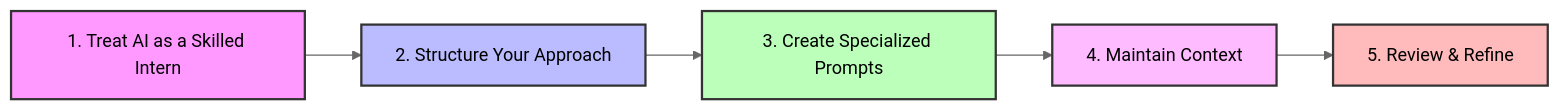
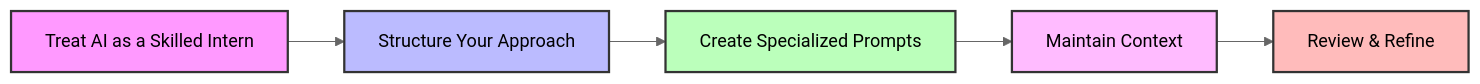
The first of 2 diagrams in README.md (whiteduck-training/copilot-workshop), drawn with Mermaid (neutral theme) before and after one commit. The commit also changed other lines of this file and 3 other files, not shown here.

````diff
--- a/README.md
+++ b/README.md
@@ -5,13 +5,13 @@
 ```mermaid
 graph LR
-    A[1. Treat AI as a Skilled Intern] --> B[2. Structure Your Approach]
-    B --> C[3. Create Specialized Prompts]
-    C --> D[4. Maintain Context]
-    D --> E[5. Review & Refine]
+    A[Treat AI as a Skilled Intern] --> B[Structure Your Approach]
+    B --> C[Create Specialized Prompts]
+    C --> D[Maintain Context]
+    D --> E[Review & Refine]
     
-    style A fill:#f9f,stroke:#333,stroke-width:2px
-    style B fill:#bbf,stroke:#333,stroke-width:2px
-    style C fill:#bfb,stroke:#333,stroke-width:2px
-    style D fill:#fbf,stroke:#333,stroke-width:2px
-    style E fill:#fbb,stroke:#333,stroke-width:2px
+    style A fill:#f9f,stroke:#333,stroke-width:2px,color:#000
+    style B fill:#bbf,stroke:#333,stroke-width:2px,color:#000
+    style C fill:#bfb,stroke:#333,stroke-width:2px,color:#000
+    style D fill:#fbf,stroke:#333,stroke-width:2px,color:#000
+    style E fill:#fbb,stroke:#333,stroke-width:2px,color:#000
 ```
````
